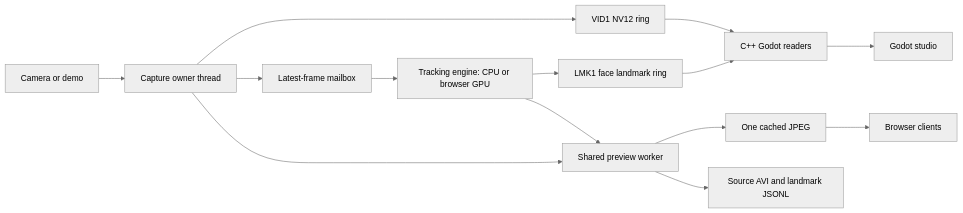
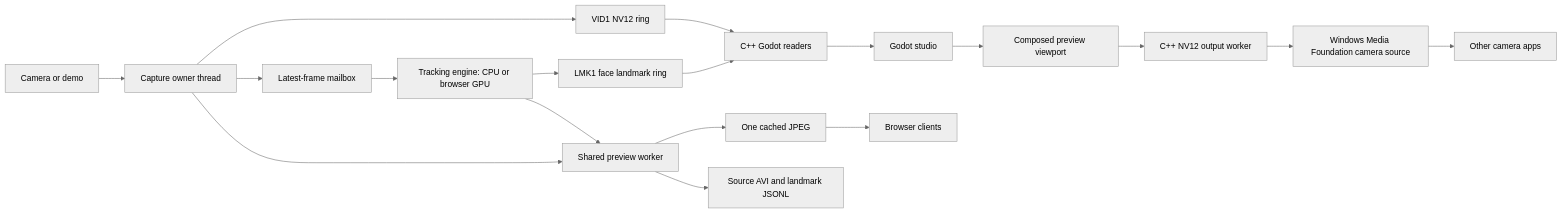
One commit to saki2fifty/LenzForge changed the diagram in docs/ARCHITECTURE.md. Above: the diagram before and after it, drawn with Mermaid (neutral theme). The commit also changed other lines of this file and 34 other files, not shown here.

Commit message:
Add native Windows virtual camera output and toolbar control

````diff
--- a/docs/ARCHITECTURE.md
+++ b/docs/ARCHITECTURE.md
@@ -11,16 +11,20 @@
 ```mermaid
 flowchart LR
     Source[Camera or demo] --> Capture[Capture owner thread]
     Capture --> Video[VID1 NV12 ring]
     Capture --> Mailbox[Latest-frame mailbox]
     Mailbox --> Tasks[Tracking engine: CPU or browser GPU]
     Tasks --> Points[LMK1 face landmark ring]
     Video --> Native[C++ Godot readers]
     Points --> Native
     Native --> Desktop[Godot studio]
+    Desktop --> Output[Composed preview viewport]
+    Output --> CameraWorker[C++ NV12 output worker]
+    CameraWorker --> CameraSource[Windows Media Foundation camera source]
+    CameraSource --> CameraClients[Other camera apps]
     Capture --> Preview[Shared preview worker]
     Tasks --> Preview
     Preview --> JPEG[One cached JPEG]
     JPEG --> Browser[Browser clients]
     Preview --> Recorder[Source AVI and landmark JSONL]
 ```
````
